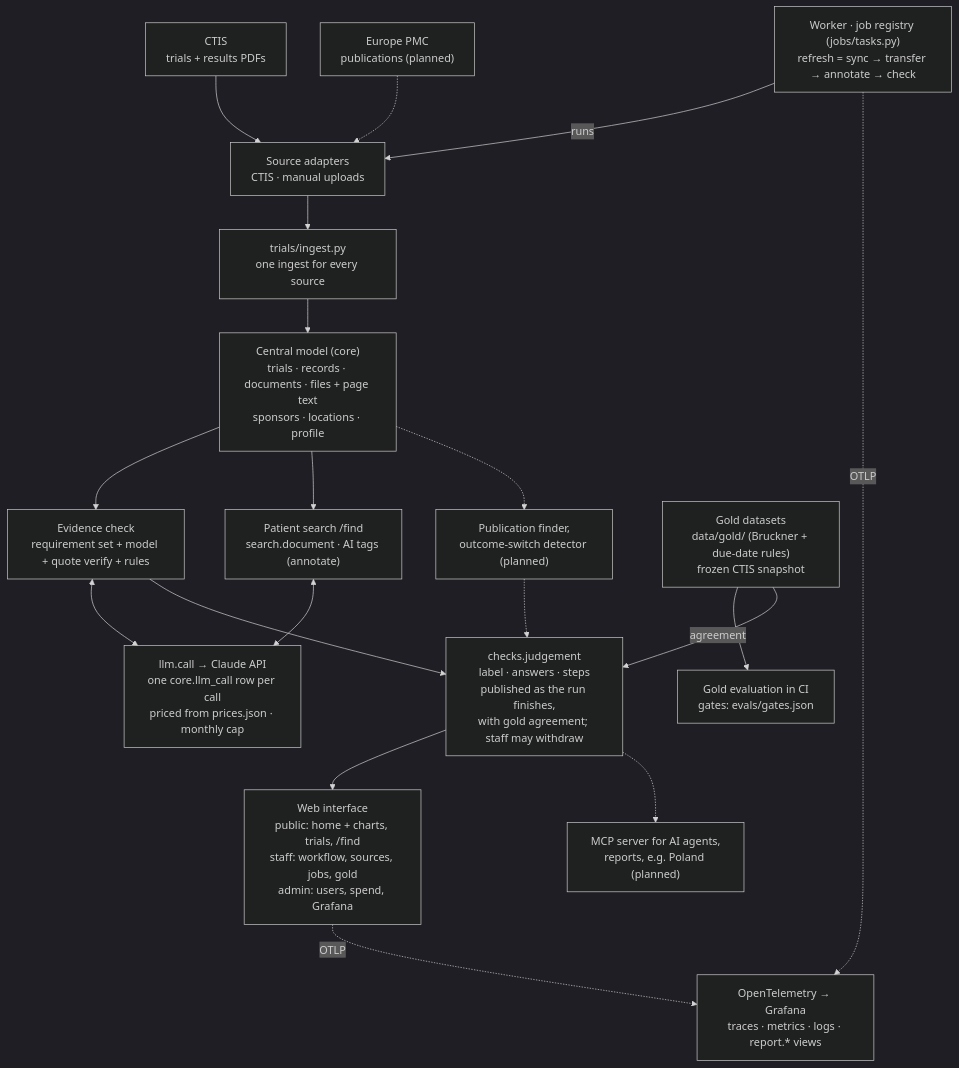
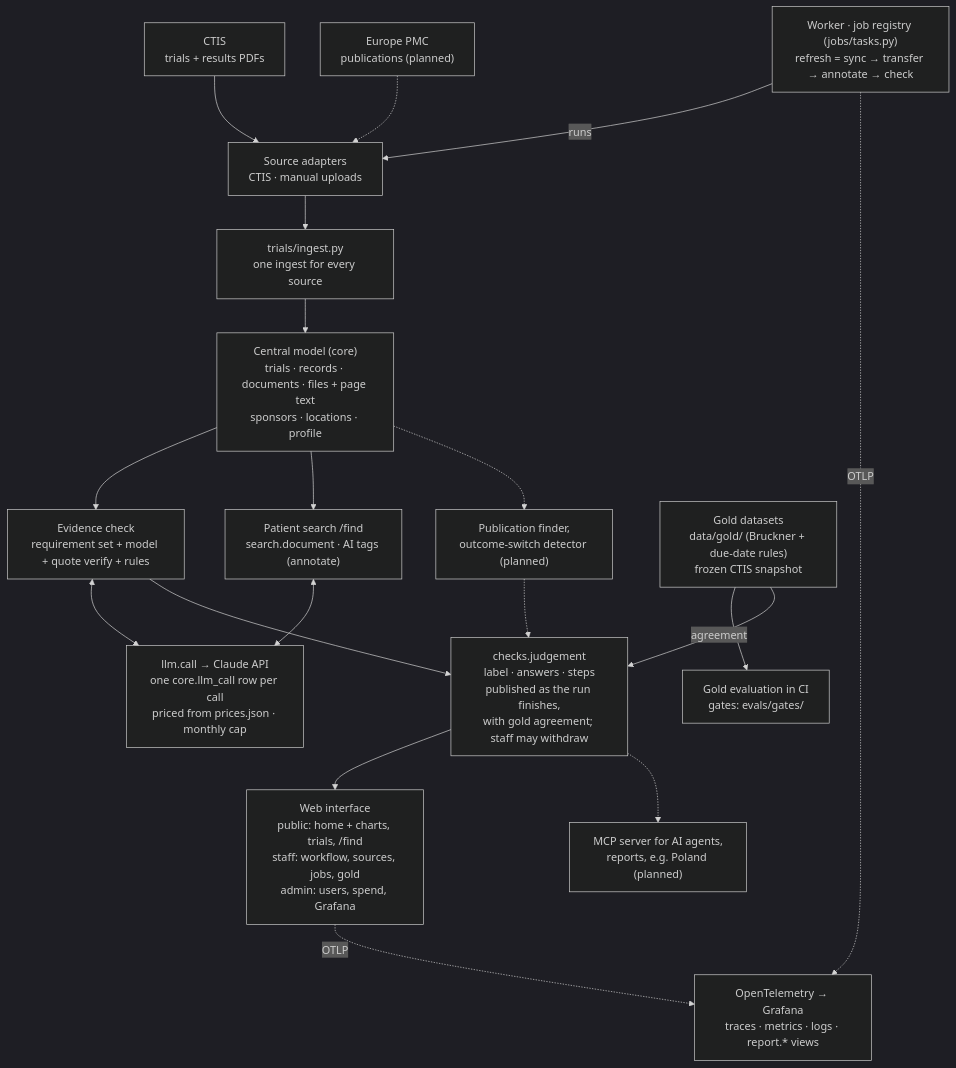
The first of 3 diagrams in docs/checks.md (shmarlya/trialwatch), drawn with Mermaid (dark theme) before and after one commit. The commit also changed other lines of this file and 35 other files, not shown here.

````diff
--- a/docs/checks.md
+++ b/docs/checks.md
@@ -10,21 +10,21 @@
 ```mermaid
 flowchart TB
     ctis["CTIS<br>trials + results PDFs"] --> adapters["Source adapters<br>CTIS · manual uploads"]
     epmc["Europe PMC<br>publications (planned)"] -.-> adapters
     worker["Worker · job registry (jobs/tasks.py)<br>refresh = sync → transfer → annotate → check"] -- "runs" --> adapters
     adapters --> ingest["trials/ingest.py<br>one ingest for every source"]
     ingest --> core["Central model (core)<br>trials · records · documents · files + page text<br>sponsors · locations · profile"]
     core --> evidence["Evidence check<br>requirement set + model + quote verify + rules"]
     core --> search["Patient search /find<br>search.document · AI tags (annotate)"]
     core -.-> finder["Publication finder,<br>outcome-switch detector (planned)"]
     evidence <--> llm["llm.call → Claude API<br>one core.llm_call row per call<br>priced from prices.json · monthly cap"]
     search <--> llm
     evidence --> judgements["checks.judgement<br>label · answers · steps<br>published as the run finishes,<br>with gold agreement; staff may withdraw"]
     finder -.-> judgements
     judgements --> web["Web interface<br>public: home + charts, trials, /find<br>staff: workflow, sources, jobs, gold<br>admin: users, spend, Grafana"]
     judgements -.-> planned["MCP server for AI agents,<br>reports, e.g. Poland (planned)"]
-    gold["Gold datasets<br>data/gold/ (Bruckner + due-date rules)<br>frozen CTIS snapshot"] --> gold_eval["Gold evaluation in CI<br>gates: evals/gates.json"]
+    gold["Gold datasets<br>data/gold/ (Bruckner + due-date rules)<br>frozen CTIS snapshot"] --> gold_eval["Gold evaluation in CI<br>gates: evals/gates/"]
     gold -- "agreement" --> judgements
     worker -. "OTLP" .-> otel["OpenTelemetry → Grafana<br>traces · metrics · logs · report.* views"]
     web -. "OTLP" .-> otel
 ```
````
